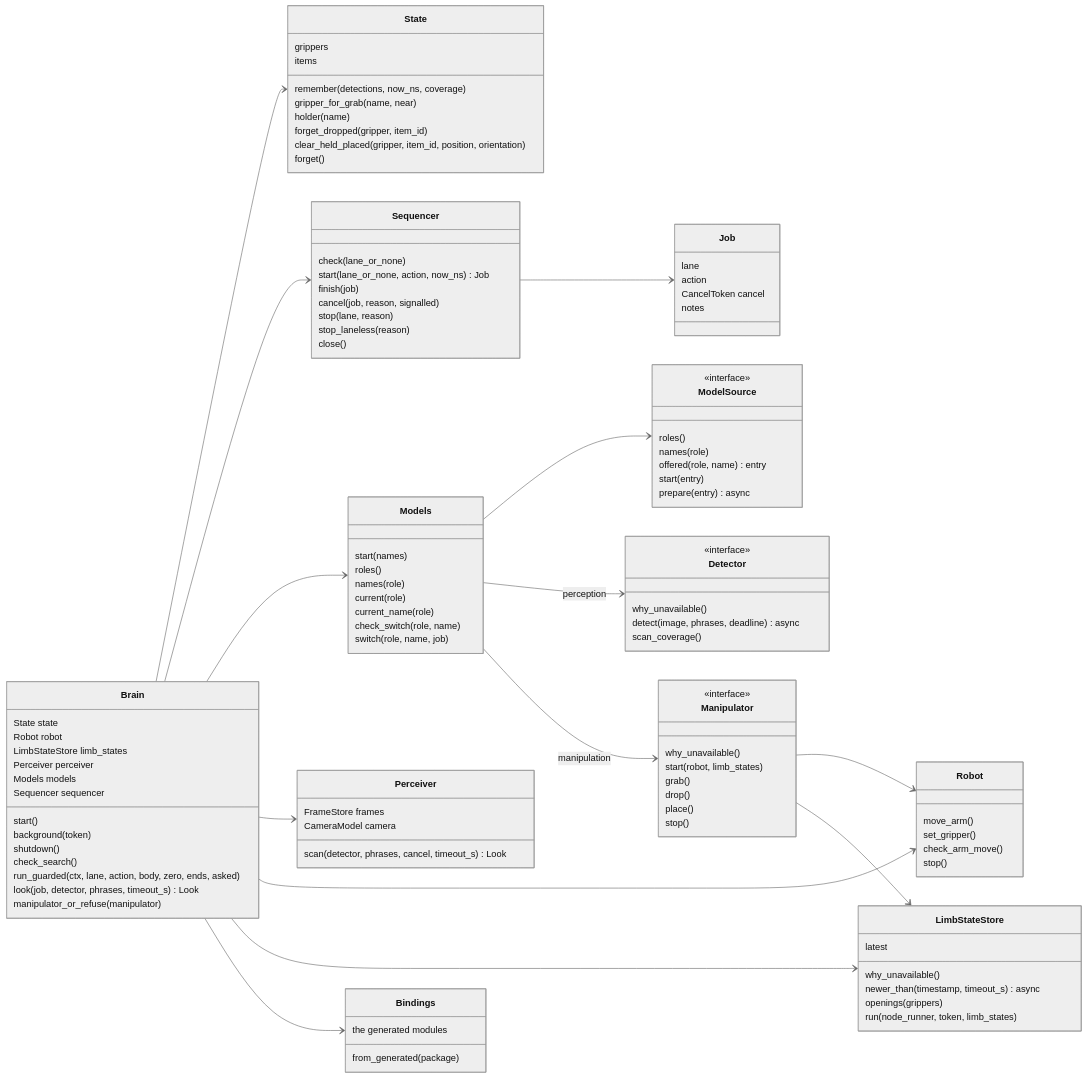
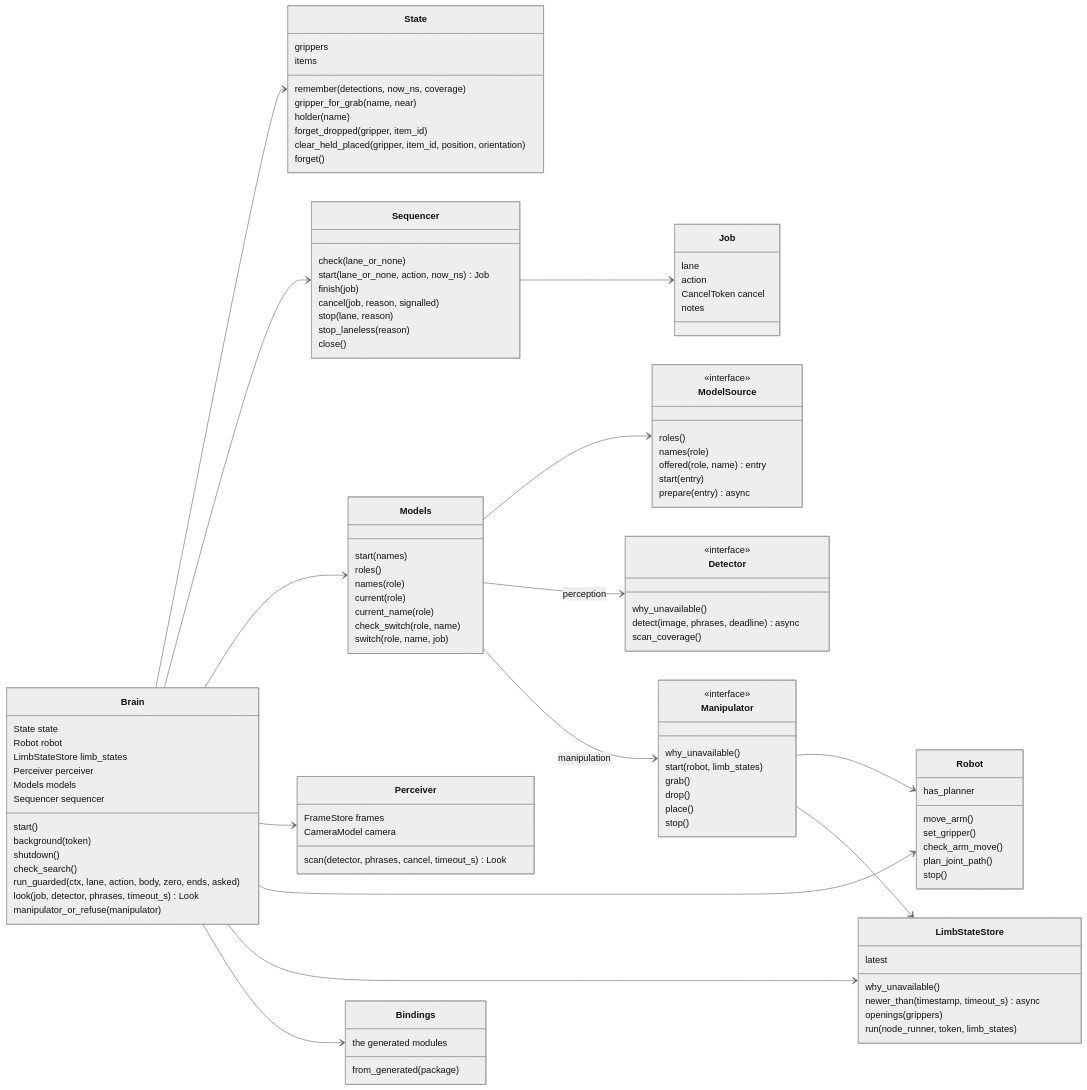
Before and after one commit to Peppy-bot/public-peppy-libs: the second of 5 diagrams in brain_core/README.md, drawn with Mermaid (neutral theme). The commit also changed other lines of this file and 2 other files, not shown here.

Commit message:
[ROBOTAI-40] brain_core: Robot.plan_joint_path
Slice 1b of notes/collision_avoidance_plan.md.

Robot.plan_joint_path asks the planner for a joint path of one arm to a
pose of one of its links: one position and one orientation constraint,
with the tolerances, the planner, the refiner and the planning time the
caller names. The plan runs through Robot._run like a move, so a stop
cancels it. The answer is a JointPlan: how the plan ended, and for a
completed plan its start and its waypoints. A plan that failed keeps the
planner's kind and words (Moved.words gives "kind: message").

```diff
--- a/brain_core/README.md
+++ b/brain_core/README.md
@@ -214,9 +214,11 @@
         stop()
     }
     class Robot {
+        has_planner
         move_arm()
         set_gripper()
         check_arm_move()
+        plan_joint_path()
         stop()
     }
     class LimbStateStore {
```
